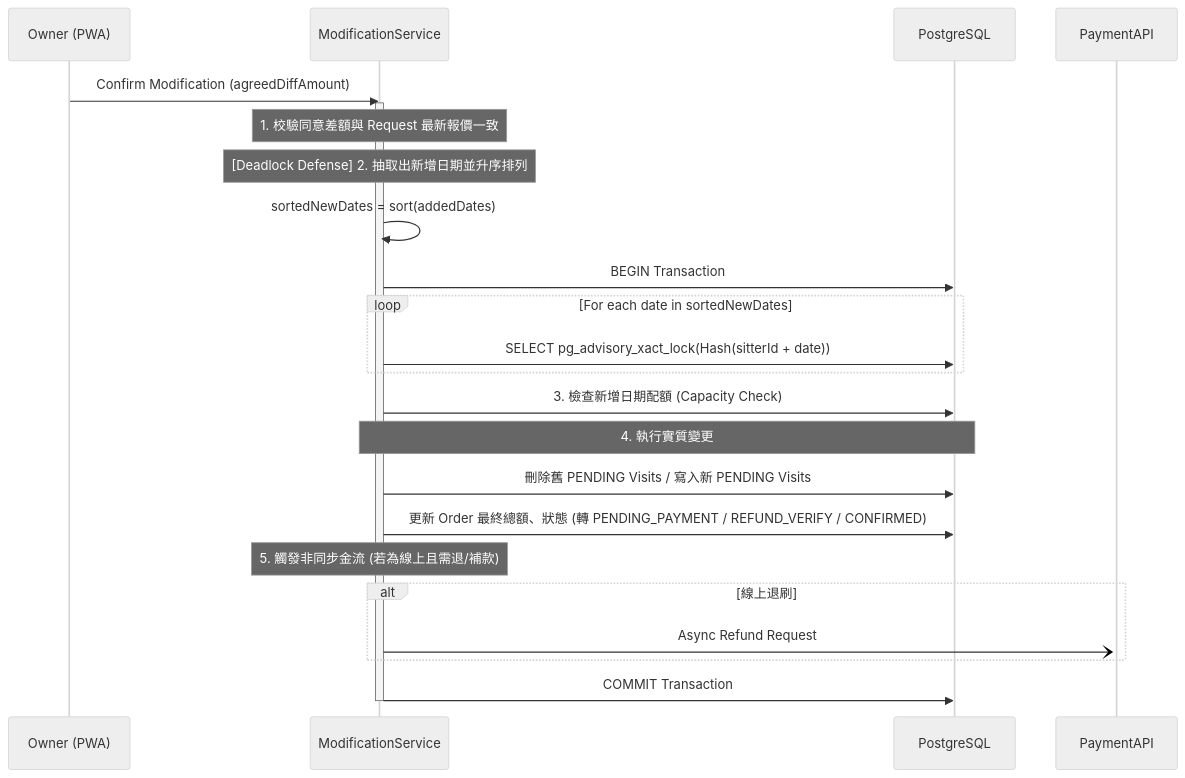
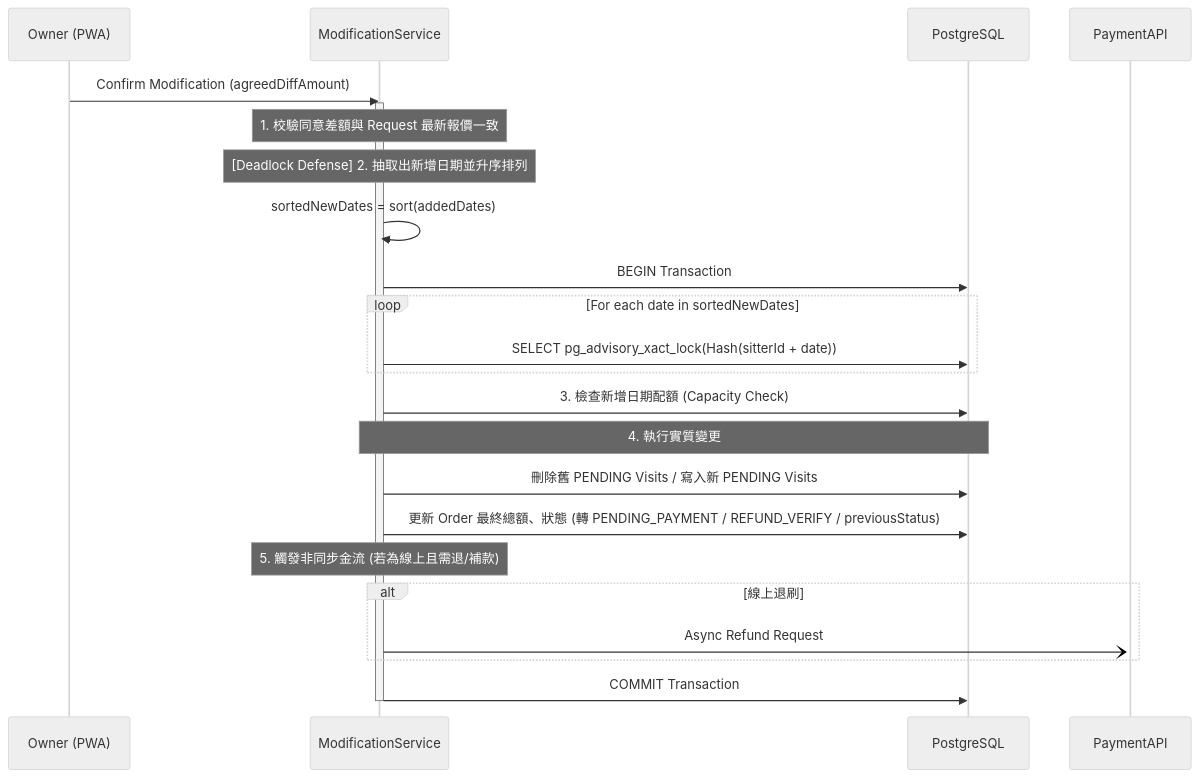
Before and after one commit to willchiangch/cat-sitter-project: the third of 3 diagrams in docs/sd/SD-016-order-modification-cancellation.md, drawn with Mermaid (neutral theme). The commit also changed other lines of this file and 4 other files, not shown here.

First line of the commit message:
fix: 退款確認與無差額變更後依 previousStatus 復原訂單狀態，不再寫死 CONFIRMED

````diff
--- a/docs/sd/SD-016-order-modification-cancellation.md
+++ b/docs/sd/SD-016-order-modification-cancellation.md
@@ -142,35 +143,35 @@
 ```mermaid
 sequenceDiagram
     participant O as Owner (PWA)
     participant SVC as ModificationService
     participant DB as PostgreSQL
     participant Pay as PaymentAPI
 
     O->>SVC: Confirm Modification (agreedDiffAmount)
     activate SVC
     
     Note over SVC: 1. 校驗同意差額與 Request 最新報價一致
     
     Note over SVC: [Deadlock Defense] 2. 抽取出新增日期並升序排列
     SVC->>SVC: sortedNewDates = sort(addedDates)
     
     SVC->>DB: BEGIN Transaction
     
     loop For each date in sortedNewDates
         SVC->>DB: SELECT pg_advisory_xact_lock(Hash(sitterId + date))
     end
     
     SVC->>DB: 3. 檢查新增日期配額 (Capacity Check)
     
     Note over SVC, DB: 4. 執行實質變更
     SVC->>DB: 刪除舊 PENDING Visits / 寫入新 PENDING Visits
-    SVC->>DB: 更新 Order 最終總額、狀態 (轉 PENDING_PAYMENT / REFUND_VERIFY / CONFIRMED)
+    SVC->>DB: 更新 Order 最終總額、狀態 (轉 PENDING_PAYMENT / REFUND_VERIFY / previousStatus)
     
     Note over SVC: 5. 觸發非同步金流 (若為線上且需退/補款)
     alt 線上退刷
         SVC-)+Pay: Async Refund Request
     end
     
     SVC->>DB: COMMIT Transaction
     deactivate SVC
 ```
````
